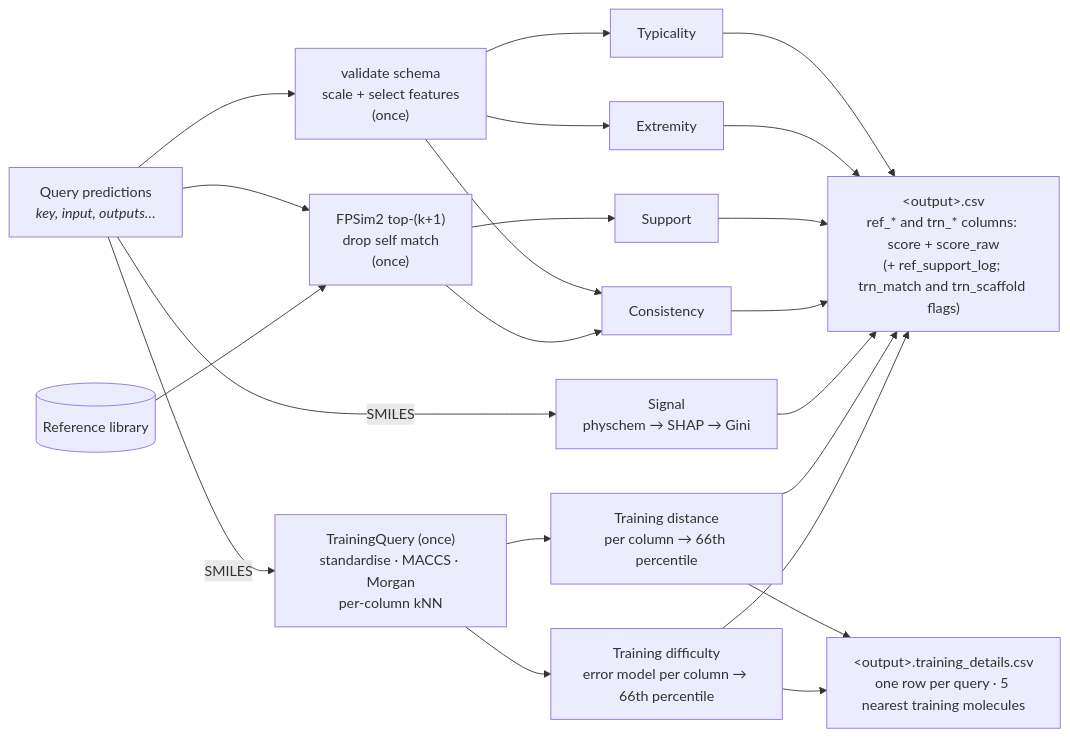
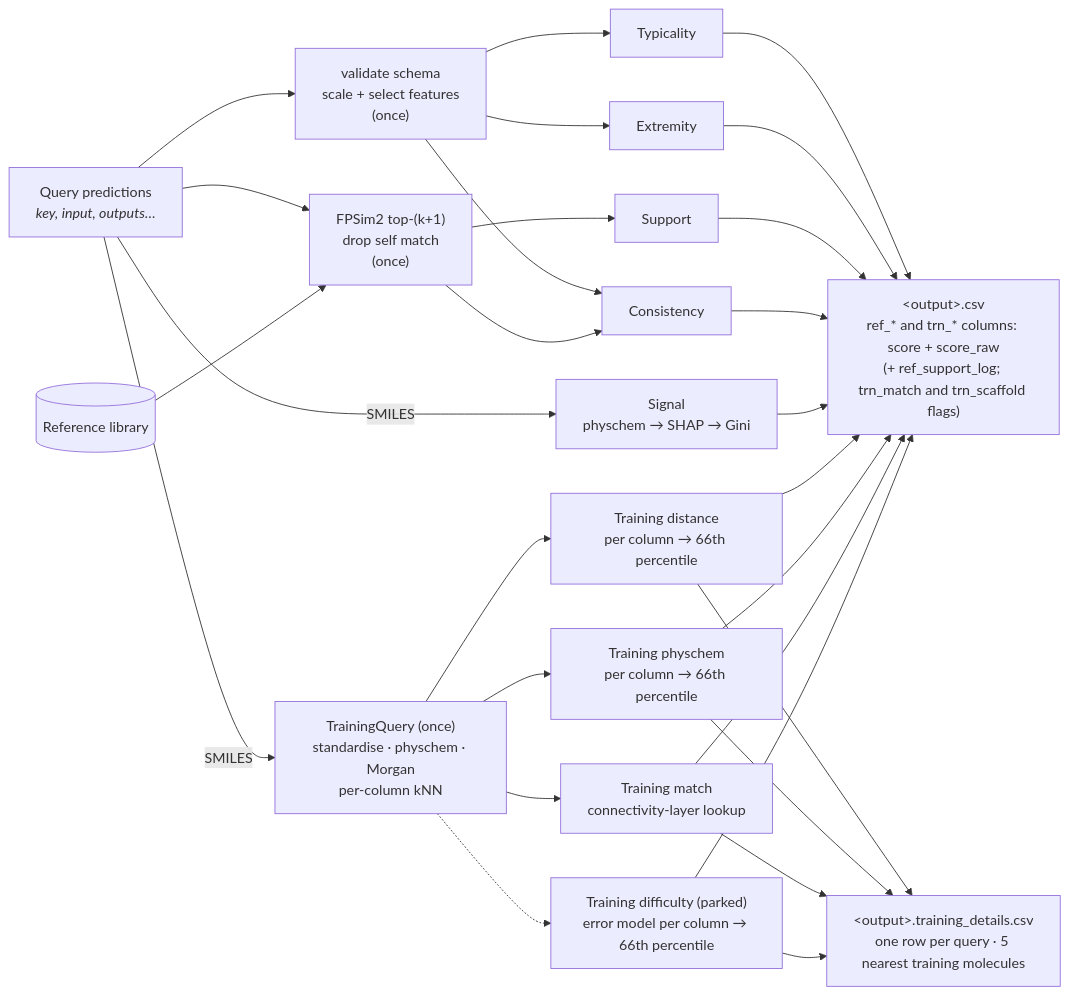
Before and after one commit to ersilia-os/eosquality: the third of 3 diagrams in docs/diagram.md, drawn with Mermaid. The commit also changed other lines of this file and 14 other files, not shown here.

First line of the commit message:
Physchem: drop the query's own row by position; training code cleanup

````diff
--- a/docs/diagram.md
+++ b/docs/diagram.md
@@ -38,14 +40,16 @@
 ```mermaid
 flowchart LR
     Q["Query predictions<br/><i>key, input, outputs…</i>"] --> SCALE["validate schema<br/>scale + select features<br/>(once)"]
     Q --> FPQ["FPSim2 top-(k+1)<br/>drop self match<br/>(once)"]
     LIB[("Reference library")] --> FPQ
     SCALE --> TYP[Typicality] & EXT[Extremity] & CON[Consistency]
     FPQ --> SUP[Support] & CON
     Q -- SMILES --> SIG["Signal<br/>physchem → SHAP → Gini"]
-    Q -- SMILES --> TQ["TrainingQuery (once)<br/>standardise · MACCS · Morgan<br/>per-column kNN"]
+    Q -- SMILES --> TQ["TrainingQuery (once)<br/>standardise · physchem · Morgan<br/>per-column kNN"]
     TQ --> TDR["Training distance<br/>per column → 66th percentile"]
-    TQ --> TDF["Training difficulty<br/>error model per column → 66th percentile"]
-    TDR & TDF --> DET["&lt;output&gt;.training_details.csv<br/>one row per query · 5 nearest training molecules"]
-    TYP & EXT & SUP & CON & SIG & TDR & TDF --> OUT["&lt;output&gt;.csv<br/>ref_* and trn_* columns: score + score_raw<br/>(+ ref_support_log; trn_match and trn_scaffold flags)"]
+    TQ --> TPH["Training physchem<br/>per column → 66th percentile"]
+    TQ --> TMA["Training match<br/>connectivity-layer lookup"]
+    TQ -.-> TDF["Training difficulty (parked)<br/>error model per column → 66th percentile"]
+    TDR & TPH & TMA & TDF --> DET["&lt;output&gt;.training_details.csv<br/>one row per query · 5 nearest training molecules"]
+    TYP & EXT & SUP & CON & SIG & TDR & TPH & TMA & TDF --> OUT["&lt;output&gt;.csv<br/>ref_* and trn_* columns: score + score_raw<br/>(+ ref_support_log; trn_match and trn_scaffold flags)"]
 ```
````
